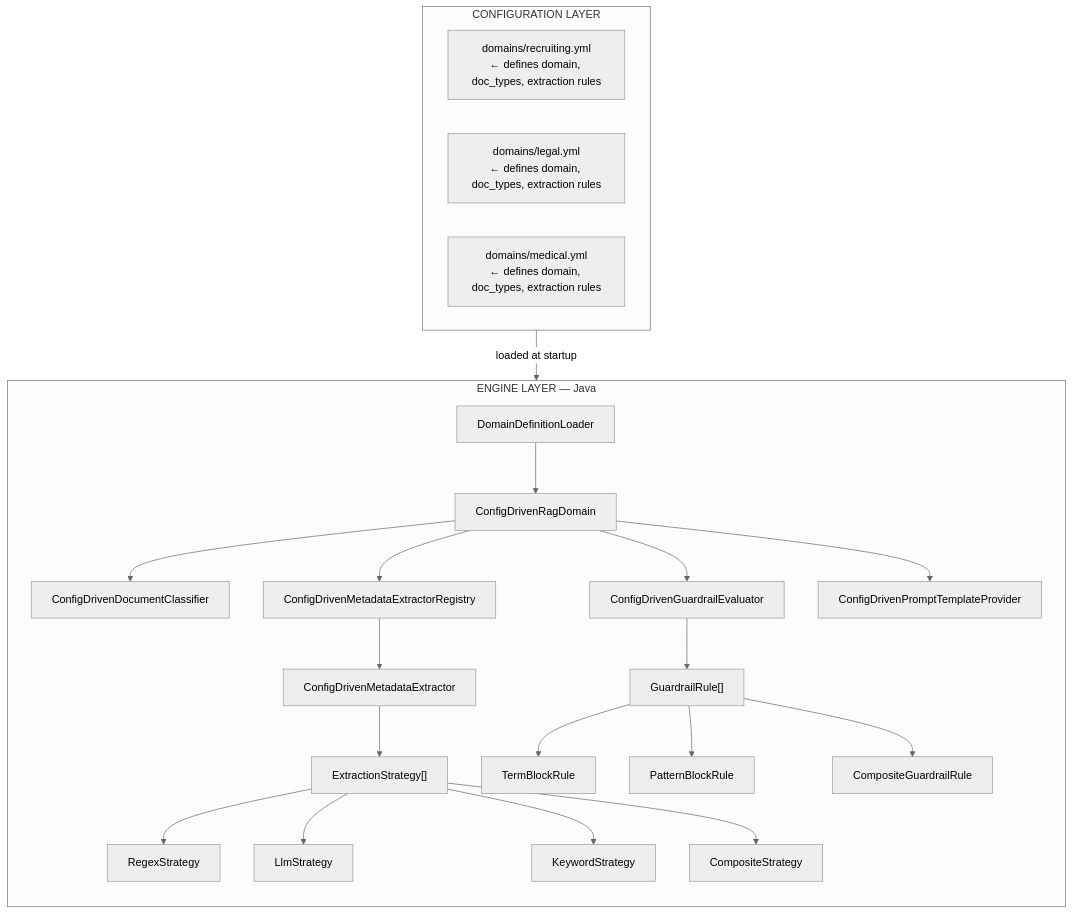
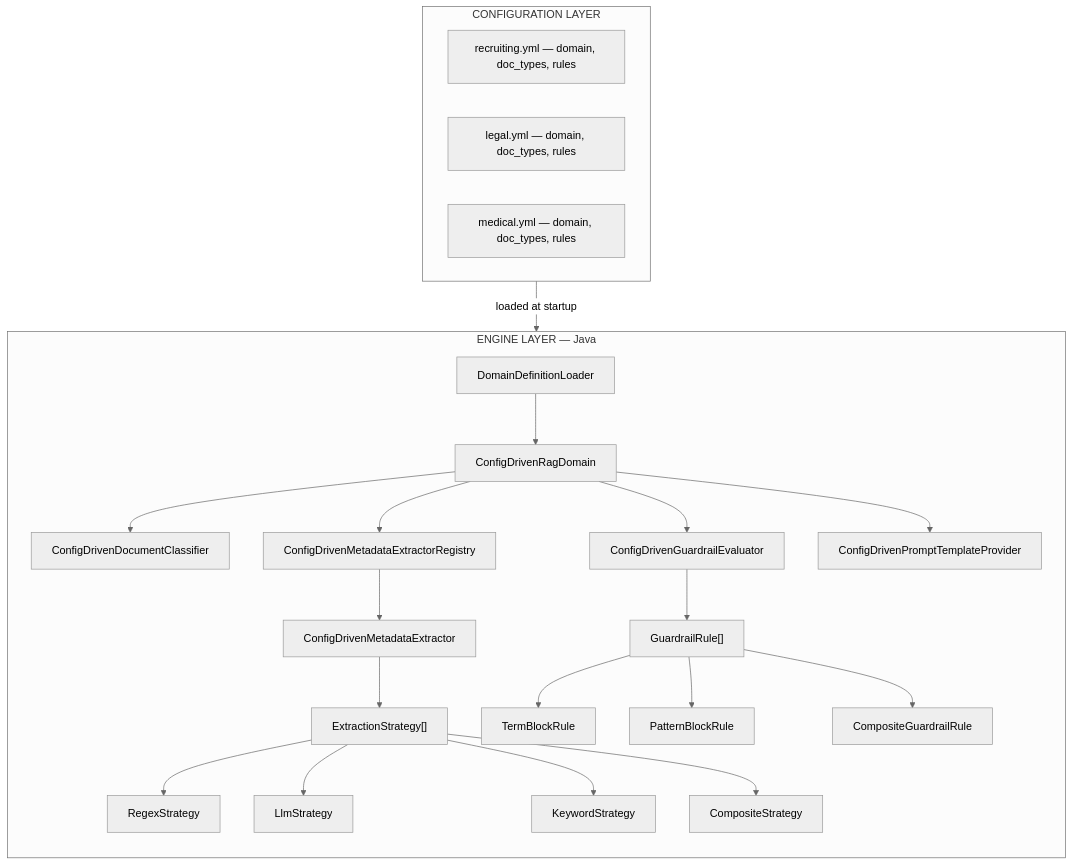
One commit to josalero/generic-rag-poc changed the first of 5 diagrams in technical-design.md. Above: the diagram before and after it, drawn with Mermaid (neutral theme). The commit also changed other lines of this file and 2 other files, not shown here.

````diff
--- a/technical-design.md
+++ b/technical-design.md
@@ -100,30 +101,30 @@
 ```mermaid
 flowchart TD
     subgraph CONFIG["CONFIGURATION LAYER"]
         direction LR
-        R["domains/recruiting.yml\n← defines domain, doc_types, extraction rules"]
-        L["domains/legal.yml\n← defines domain, doc_types, extraction rules"]
-        M["domains/medical.yml\n← defines domain, doc_types, extraction rules"]
+        R["recruiting.yml — domain, doc_types, rules"]
+        L["legal.yml — domain, doc_types, rules"]
+        M["medical.yml — domain, doc_types, rules"]
     end
 
     CONFIG -- "loaded at startup" --> DDL
 
     subgraph ENGINE["ENGINE LAYER — Java"]
         direction TB
         DDL["DomainDefinitionLoader"] --> CDRD["ConfigDrivenRagDomain"]
         CDRD --> CDDC["ConfigDrivenDocumentClassifier"]
         CDRD --> CDMER["ConfigDrivenMetadataExtractorRegistry"]
         CDMER --> CDME["ConfigDrivenMetadataExtractor"]
         CDME --> ES["ExtractionStrategy[]"]
         ES --> RegS["RegexStrategy"]
         ES --> LlmS["LlmStrategy"]
         ES --> KeyS["KeywordStrategy"]
         ES --> CompS["CompositeStrategy"]
         CDRD --> CDGE["ConfigDrivenGuardrailEvaluator"]
         CDGE --> GR["GuardrailRule[]"]
         GR --> TBR["TermBlockRule"]
         GR --> PBR["PatternBlockRule"]
         GR --> CGR["CompositeGuardrailRule"]
         CDRD --> CDPTP["ConfigDrivenPromptTemplateProvider"]
     end
 ```
````
